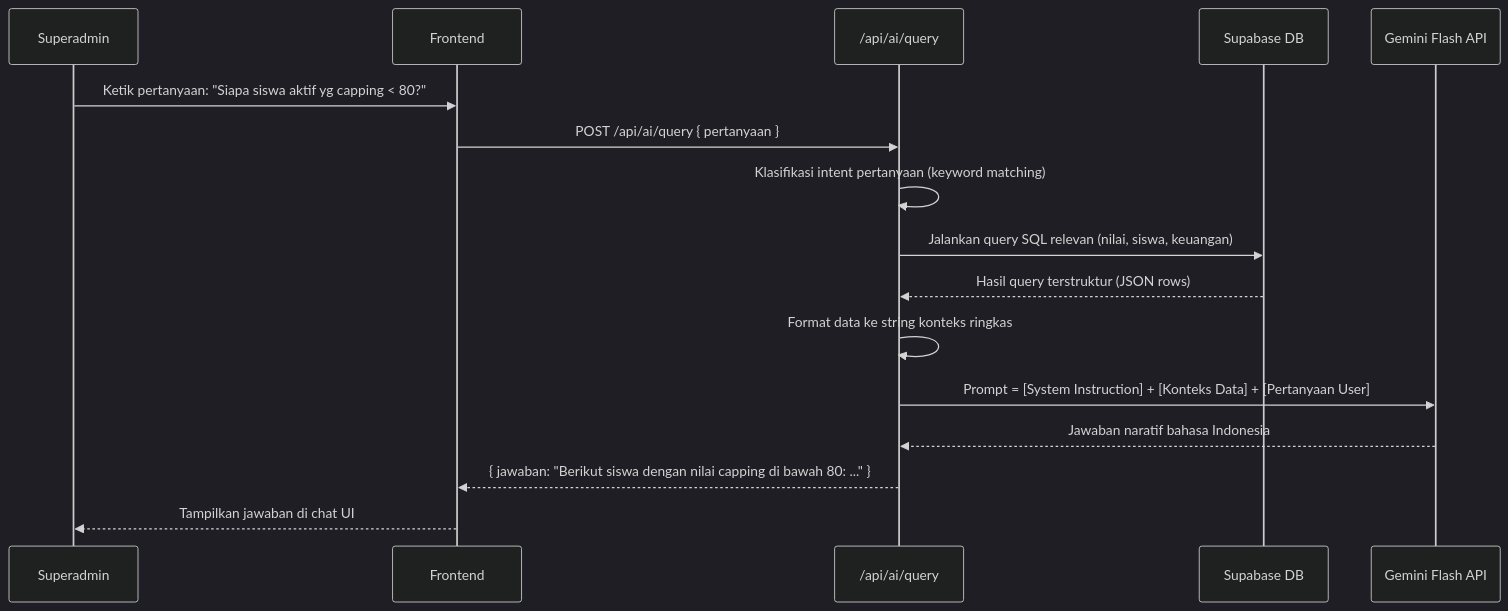
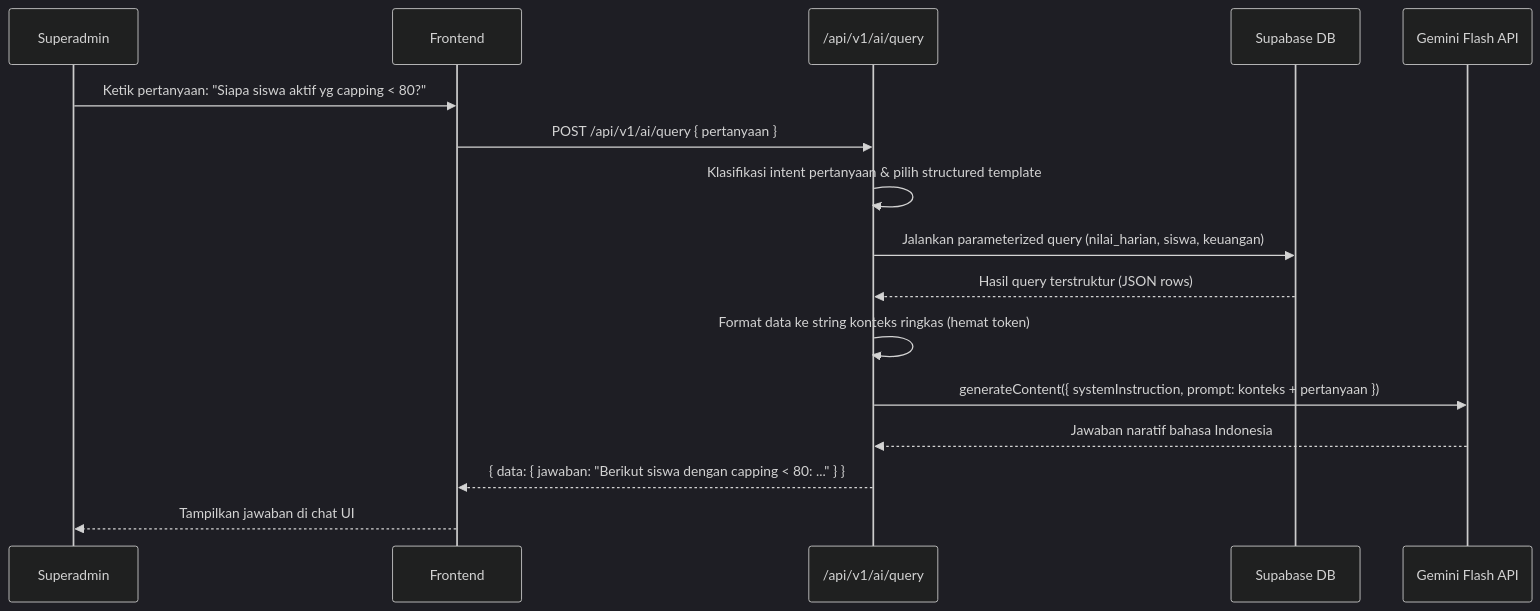
One commit to Fawwzrf/lpks_system changed the fifth of 8 diagrams in docs/design/arsitektur.md. Above: the diagram before and after it, drawn with Mermaid (dark theme). The commit also changed other lines of this file and 23 other files, not shown here.

Commit message:
docs: update all documentation for v1 architecture and untrack graphify-out

````diff
--- a/docs/design/arsitektur.md
+++ b/docs/design/arsitektur.md
@@ -295,19 +344,19 @@
 ```mermaid
 sequenceDiagram
     participant SA as Superadmin
     participant FE as Frontend
-    participant API as /api/ai/query
+    participant API as /api/v1/ai/query
     participant DB as Supabase DB
     participant AI as Gemini Flash API
 
     SA->>FE: Ketik pertanyaan: "Siapa siswa aktif yg capping < 80?"
-    FE->>API: POST /api/ai/query { pertanyaan }
-    API->>API: Klasifikasi intent pertanyaan (keyword matching)
-    API->>DB: Jalankan query SQL relevan (nilai, siswa, keuangan)
+    FE->>API: POST /api/v1/ai/query { pertanyaan }
+    API->>API: Klasifikasi intent pertanyaan & pilih structured template
+    API->>DB: Jalankan parameterized query (nilai_harian, siswa, keuangan)
     DB-->>API: Hasil query terstruktur (JSON rows)
-    API->>API: Format data ke string konteks ringkas
-    API->>AI: Prompt = [System Instruction] + [Konteks Data] + [Pertanyaan User]
+    API->>API: Format data ke string konteks ringkas (hemat token)
+    API->>AI: generateContent({ systemInstruction, prompt: konteks + pertanyaan })
     AI-->>API: Jawaban naratif bahasa Indonesia
-    API-->>FE: { jawaban: "Berikut siswa dengan nilai capping di bawah 80: ..." }
+    API-->>FE: { data: { jawaban: "Berikut siswa dengan capping < 80: ..." } }
     FE-->>SA: Tampilkan jawaban di chat UI
 ```
````
